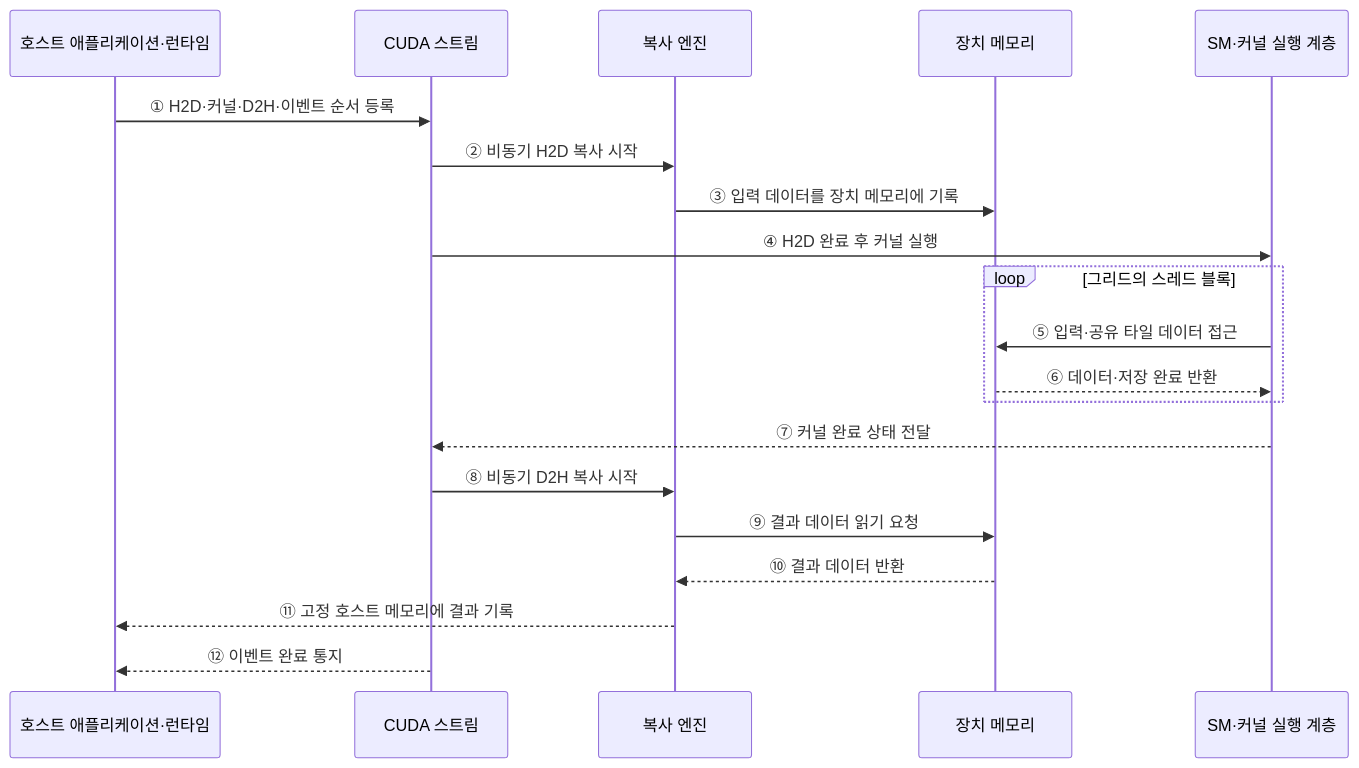
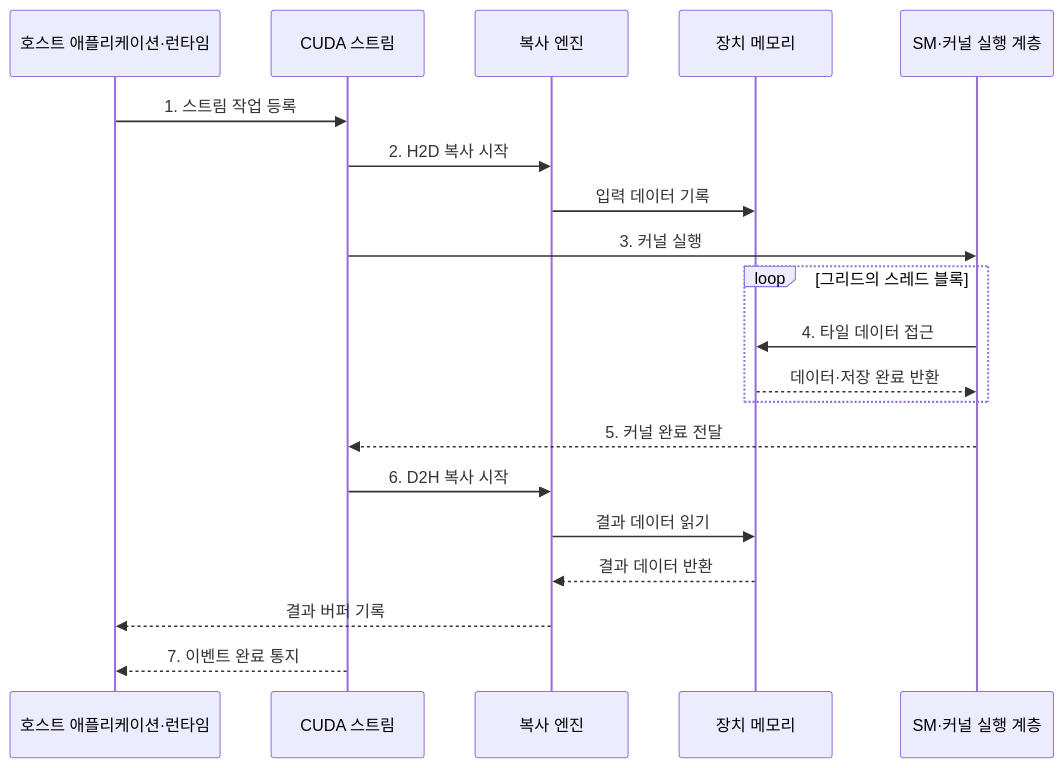
One commit to agnusdei1207/knowledge-base changed the second of 2 diagrams in src/content/docs/notes/02-hardware/042_cuda_parallel_computing.md. Above: the diagram before and after it, drawn with Mermaid. The commit also changed other lines of this file and 20 other files, not shown here.

````diff
--- a/src/content/docs/notes/02-hardware/042_cuda_parallel_computing.md
+++ b/src/content/docs/notes/02-hardware/042_cuda_parallel_computing.md
@@ -78,23 +88,23 @@
 ```mermaid
 sequenceDiagram
     participant H as 호스트 애플리케이션·런타임
     participant S as CUDA 스트림
     participant C as 복사 엔진
     participant M as 장치 메모리
     participant K as SM·커널 실행 계층
 
-    H->>S: ① H2D·커널·D2H·이벤트 순서 등록
-    S->>C: ② 비동기 H2D 복사 시작
-    C->>M: ③ 입력 데이터를 장치 메모리에 기록
-    S->>K: ④ H2D 완료 후 커널 실행
+    H->>S: 1. 스트림 작업 등록
+    S->>C: 2. H2D 복사 시작
+    C->>M: 입력 데이터 기록
+    S->>K: 3. 커널 실행
     loop 그리드의 스레드 블록
-        K->>M: ⑤ 입력·공유 타일 데이터 접근
-        M-->>K: ⑥ 데이터·저장 완료 반환
+        K->>M: 4. 타일 데이터 접근
+        M-->>K: 데이터·저장 완료 반환
     end
-    K-->>S: ⑦ 커널 완료 상태 전달
-    S->>C: ⑧ 비동기 D2H 복사 시작
-    C->>M: ⑨ 결과 데이터 읽기 요청
-    M-->>C: ⑩ 결과 데이터 반환
-    C-->>H: ⑪ 고정 호스트 메모리에 결과 기록
-    S-->>H: ⑫ 이벤트 완료 통지
+    K-->>S: 5. 커널 완료 전달
+    S->>C: 6. D2H 복사 시작
+    C->>M: 결과 데이터 읽기
+    M-->>C: 결과 데이터 반환
+    C-->>H: 결과 버퍼 기록
+    S-->>H: 7. 이벤트 완료 통지
 ```
````
